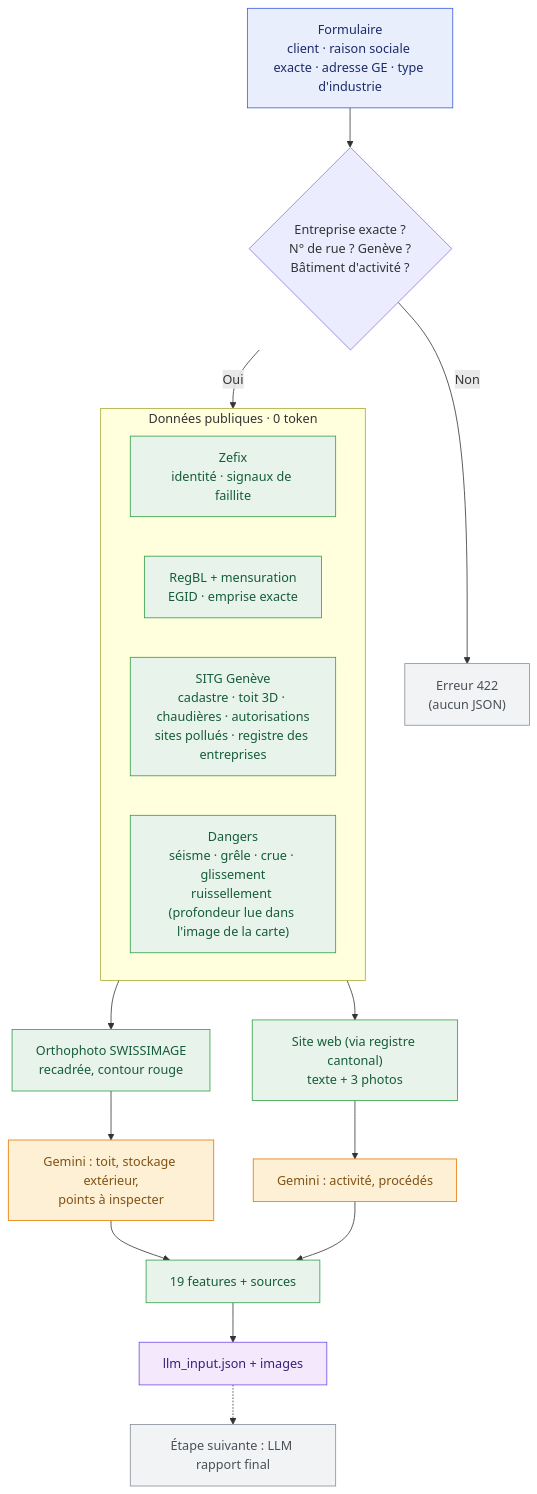
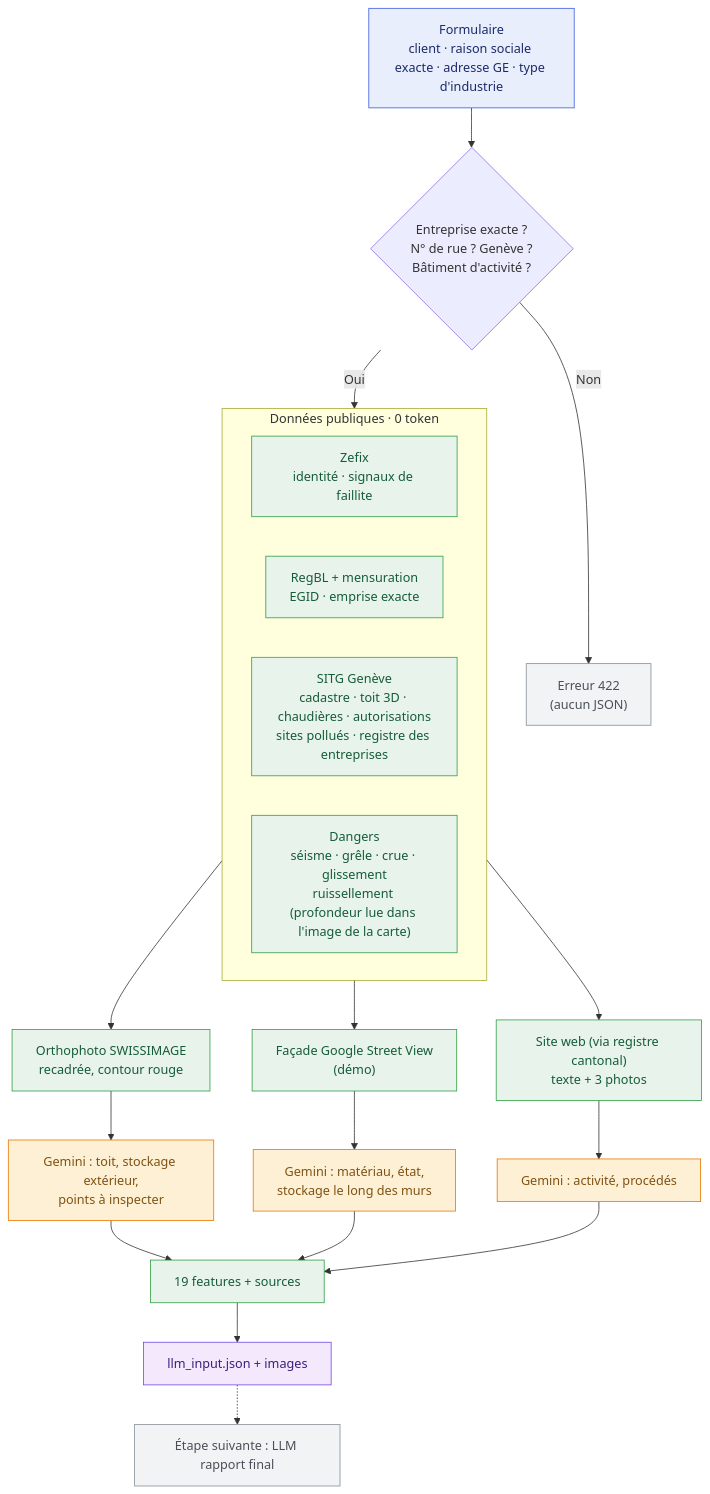
Before and after one commit to Ylanv/LauzHack: the diagram in README.md, drawn with Mermaid. The commit also changed other lines of this file and 6 other files, not shown here.

First line of the commit message:
Add Google Street View facade (demo) -> construction material, outdoor storage, facade condition

````diff
--- a/README.md
+++ b/README.md
@@ -44,24 +44,25 @@
 ```mermaid
 flowchart TD
     IN["Formulaire<br/>client · raison sociale exacte · adresse GE · type d'industrie"]:::input
     IN --> CHK{"Entreprise exacte ?<br/>N° de rue ? Genève ?<br/>Bâtiment d'activité ?"}
     CHK -- Non --> ERR["Erreur 422<br/>(aucun JSON)"]:::stop
     CHK -- Oui --> A
 
     subgraph A["Données publiques · 0 token"]
       Z["Zefix<br/>identité · signaux de faillite"]:::py
       R["RegBL + mensuration<br/>EGID · emprise exacte"]:::py
       S["SITG Genève<br/>cadastre · toit 3D · chaudières · autorisations<br/>sites pollués · registre des entreprises"]:::py
       H["Dangers<br/>séisme · grêle · crue · glissement<br/>ruissellement (profondeur lue dans l'image de la carte)"]:::py
     end
     A --> IMG["Orthophoto SWISSIMAGE<br/>recadrée, contour rouge"]:::py --> VIS["Gemini : toit, stockage extérieur,<br/>points à inspecter"]:::llm
+    A --> SV["Façade Google Street View<br/>(démo)"]:::py --> FAC["Gemini : matériau, état,<br/>stockage le long des murs"]:::llm
     A --> WEB["Site web (via registre cantonal)<br/>texte + 3 photos"]:::py --> EXT["Gemini : activité, procédés"]:::llm
-    VIS & EXT --> F["19 features + sources"]:::py --> OUT["llm_input.json + images"]:::output
+    VIS & FAC & EXT --> F["19 features + sources"]:::py --> OUT["llm_input.json + images"]:::output
     OUT -.-> NEXT["Étape suivante : LLM rapport final"]:::stop
 
     classDef input fill:#e8eefc,stroke:#3b5bdb,color:#1b2b6b
     classDef py fill:#e7f3eb,stroke:#2f9e44,color:#165c39
     classDef llm fill:#fdf0d5,stroke:#e67700,color:#805213
     classDef stop fill:#f1f3f5,stroke:#868e96,color:#495057
     classDef output fill:#f3e8fc,stroke:#7048e8,color:#3b1f7a
 ```
````
